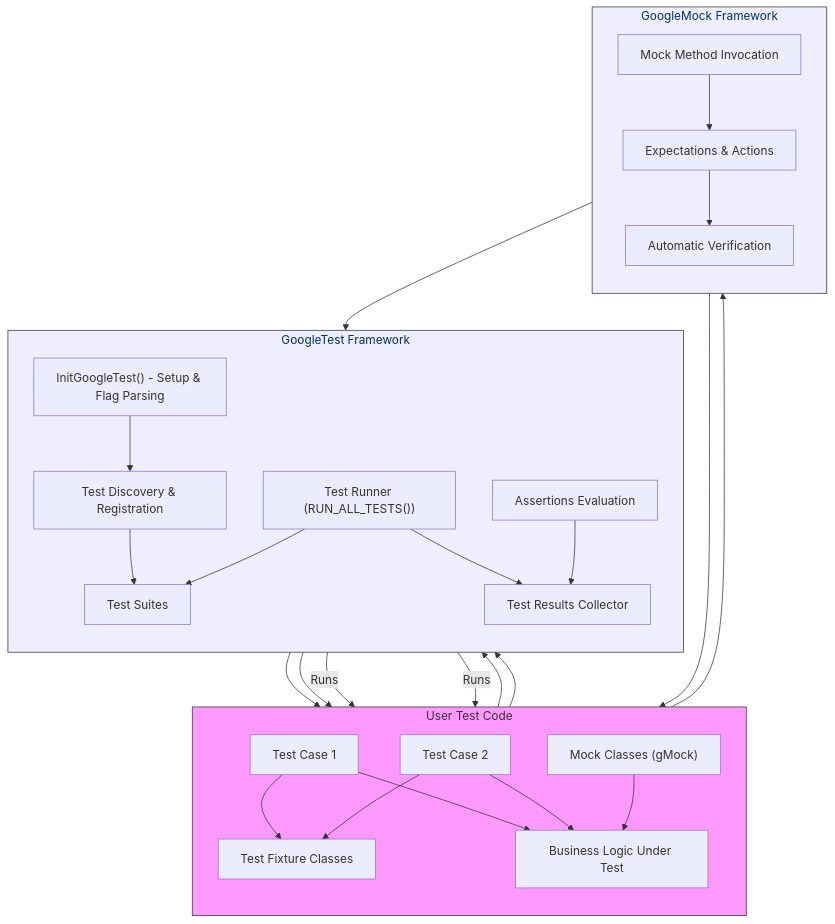
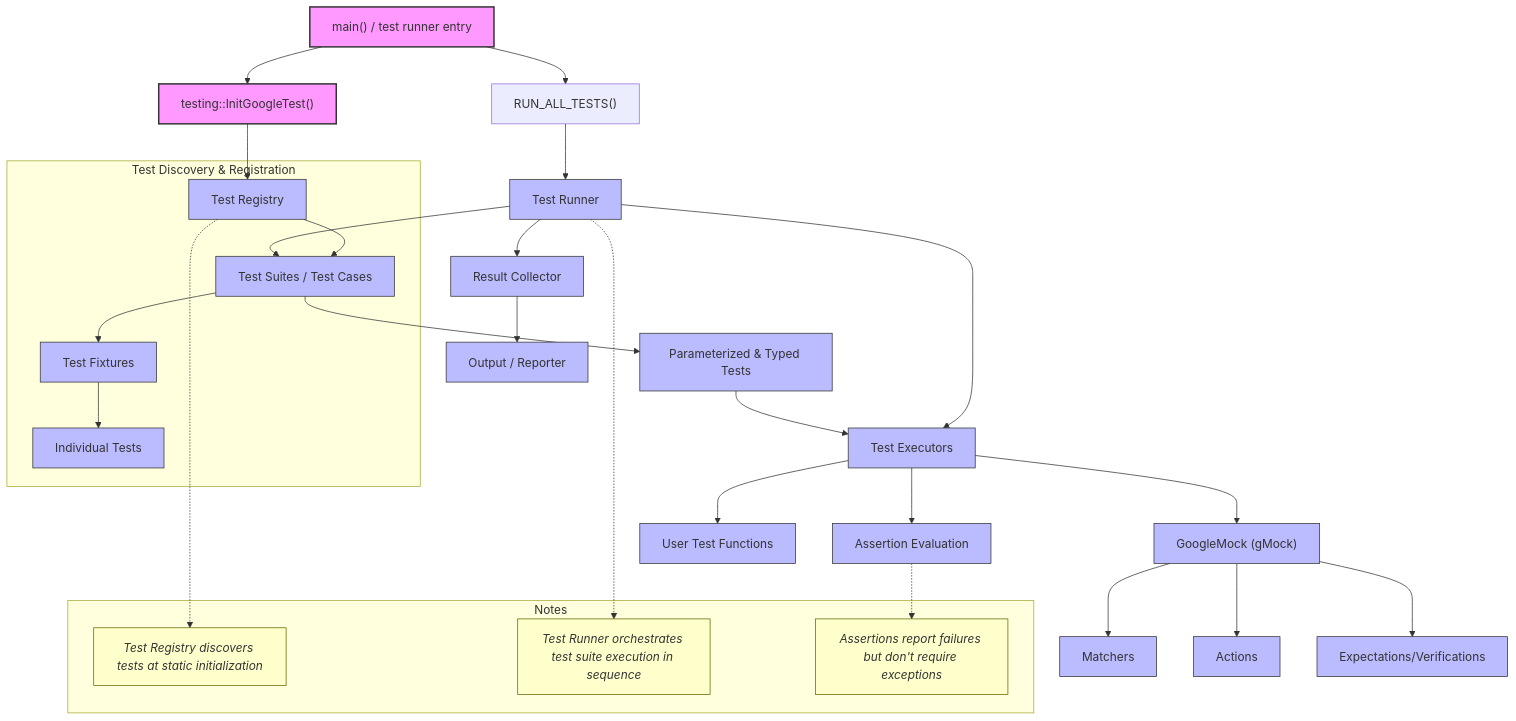
Before and after one commit to clidey/docucod-public-project-869ef7c3-7eff-4ad2-9765-2698303f14d7: the diagram in overview/architecture-concepts/system-architecture.mdx, drawn with Mermaid. The commit also changed other lines of this file and 65 other files, not shown here.

````diff
--- a/overview/architecture-concepts/system-architecture.mdx
+++ b/overview/architecture-concepts/system-architecture.mdx
@@ -30,66 +16,58 @@
 ```mermaid
 flowchart TD
+  %% Test Program Entry
+  MainApp["main() / test runner entry"] --> InitGT["testing::InitGoogleTest()"]
+  InitGT --> TestRegistry["Test Registry"]
 
-  subgraph User_Test_Code ["User Test Code"]
-    direction TB
-    TestCase1["Test Case 1"]
-    TestCase2["Test Case 2"]
-    FixtureClass["Test Fixture Classes"]
-    UserMocks["Mock Classes (gMock)"]
-    UserTestLogic["Business Logic Under Test"]
+  %% Test Discovery
+  subgraph "Test Discovery & Registration"
+    TestRegistry --> TestSuites["Test Suites / Test Cases"]
+    TestSuites --> Fixtures["Test Fixtures"]
+    Fixtures --> Tests["Individual Tests"]
   end
 
-  subgraph GoogleTest_Framework ["GoogleTest Framework"]
-    direction TB
-    TestRunner["Test Runner (RUN_ALL_TESTS())"]
-    TestDiscovery["Test Discovery & Registration"]
-    TestSuites["Test Suites"]
-    Assertions["Assertions Evaluation"]
-    ResultsCollector["Test Results Collector"]
-    InitGoogleTest["InitGoogleTest() - Setup & Flag Parsing"]
+  %% Execution Control
+  MainApp --> RunTests["RUN_ALL_TESTS()"]
+  RunTests --> TestRunner["Test Runner"]
+  TestRunner --> TestSuites
+  TestRunner --> TestExecutors["Test Executors"]
+  TestExecutors --> AssertionEngine["Assertion Evaluation"]
+  TestExecutors --> MockingLayer["GoogleMock (gMock)"]
+
+  %% Mocking Path
+  MockingLayer --> Matchers["Matchers"]
+  MockingLayer --> Actions["Actions"]
+  MockingLayer --> Expectations["Expectations/Verifications"]
+
+  %% Parameterized & Typed Tests
+  TestSuites --> ParamTests["Parameterized & Typed Tests"]
+  ParamTests --> TestExecutors
+
+  %% Result Collection & Reporting
+  TestRunner --> ResultCollector["Result Collector"]
+  ResultCollector --> OutputFormatter["Output / Reporter"]
+
+  %% User Code
+  TestExecutors --> UserTestCode["User Test Functions"]
+
+  %% Callouts
+  subgraph Notes
+    Note1["Test Registry discovers tests at static initialization"]
+    Note2["Test Runner orchestrates test suite execution in sequence"]
+    Note3["Assertions report failures but don't require exceptions"]
   end
 
-  subgraph GoogleMock_Framework ["GoogleMock Framework"]
-    direction TB
-    MockExpectations["Expectations & Actions"]
-    MockInvocation["Mock Method Invocation"]
-    MockVerification["Automatic Verification"]
-  end
-
-  %% Relationships
-  InitGoogleTest --> TestDiscovery
-  TestDiscovery --> TestSuites
-  TestSuites --> TestCase1
-  TestSuites --> TestCase2
-  TestCase1 --> FixtureClass
-  TestCase2 --> FixtureClass
-  TestCase1 --> Assertions
-  TestCase2 --> Assertions
-
-  TestRunner --> TestSuites
-  TestRunner --> ResultsCollector
-  Assertions --> ResultsCollector
-
-  UserMocks --> MockInvocation
-  MockInvocation --> MockExpectations
-  MockExpectations --> MockVerification
-  MockVerification --> Assertions
-
-  TestCase1 --> UserTestLogic
-  TestCase2 --> UserTestLogic
-
-  %% Flow Connections
-  TestRunner -->|Runs| TestCase1
-  TestRunner -->|Runs| TestCase2
-  MockInvocation --> UserMocks
-  UserMocks --> UserTestLogic
+  TestRegistry -.-> Note1
+  TestRunner -.-> Note2
+  AssertionEngine -.-> Note3
 
   %% Styling
-  classDef userCode fill:#f9f,stroke:#333,stroke-width:1px,color:#333;
-  classDef framework fill:#eef,stroke:#333,stroke-width:1px,color:#003366;
+  classDef entry fill:#f9f,stroke:#333,stroke-width:2px;
+  class MainApp,InitGT entry;
 
-  class User_Test_Code userCode
-  class GoogleTest_Framework framework
-  class GoogleMock_Framework framework
+  classDef component fill:#bbf,stroke:#333,stroke-width:1px;
+  class TestRegistry,TestSuites,Fixtures,Tests,TestRunner,TestExecutors,AssertionEngine,MockingLayer,Matchers,Actions,Expectations,ParamTests,ResultCollector,OutputFormatter,UserTestCode component;
 
+  classDef notes fill:#ffc,stroke:#660,stroke-width:1px,font-style:italic;
+  class Note1,Note2,Note3 notes;
 ```
````
